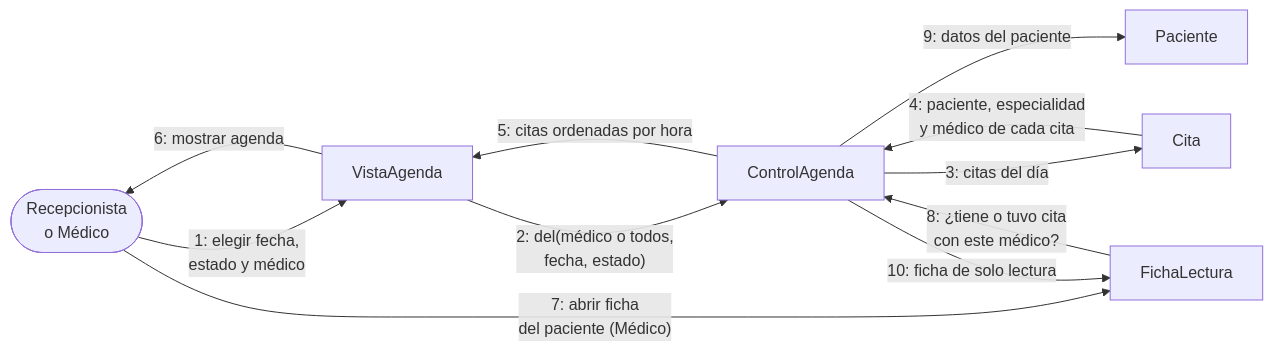
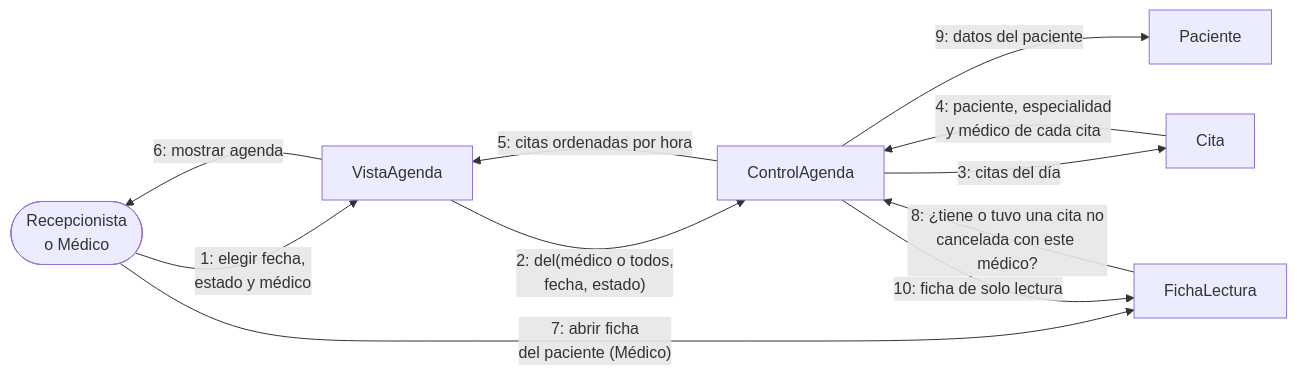
Diagram 12 of 37 in documento/Informe-Final.md (Einarpd26/2do-examen-ing-requisitos), drawn with Mermaid before and after one commit. The commit also changed other lines of this file, not shown here.

First line of the commit message:
docs(informe): alinear el informe con el codigo y documentar las tablas moviles

````diff
--- a/documento/Informe-Final.md
+++ b/documento/Informe-Final.md
@@ -1215,13 +1215,13 @@
 ```mermaid
 flowchart LR
     U([Recepcionista<br/>o Médico]) -- "1: elegir fecha,<br/>estado y médico" --> V[VistaAgenda]
     V -- "2: del(médico o todos,<br/>fecha, estado)" --> C[ControlAgenda]
     C -- "3: citas del día" --> K[Cita]
     K -- "4: paciente, especialidad<br/>y médico de cada cita" --> C
     C -- "5: citas ordenadas por hora" --> V
     V -- "6: mostrar agenda" --> U
     U -- "7: abrir ficha<br/>del paciente (Médico)" --> F[FichaLectura]
-    F -- "8: ¿tiene o tuvo cita<br/>con este médico?" --> C
+    F -- "8: ¿tiene o tuvo una cita no<br/>cancelada con este médico?" --> C
     C -- "9: datos del paciente" --> P[Paciente]
     C -- "10: ficha de solo lectura" --> F
 ```
````
